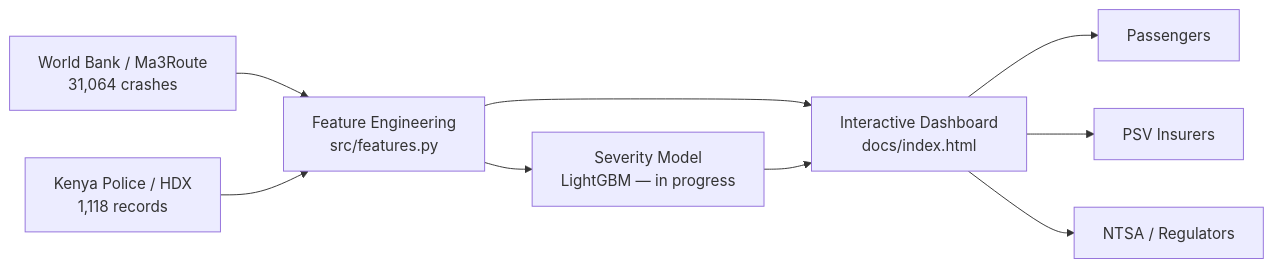
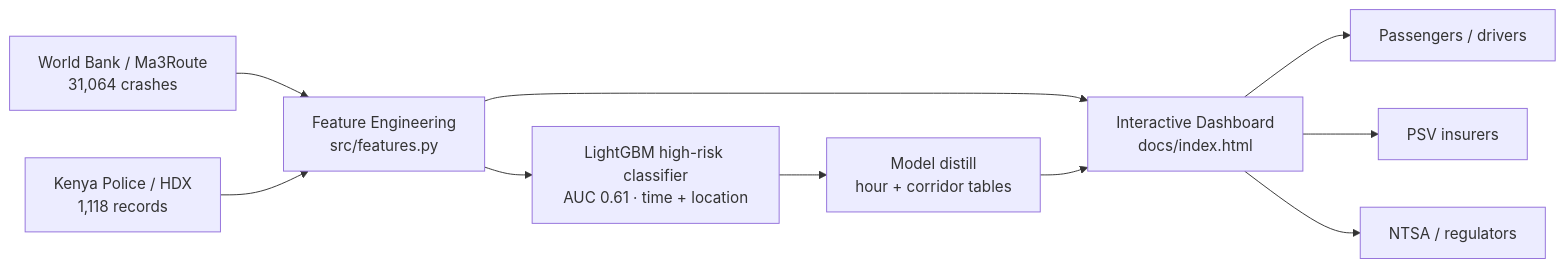
Before and after one commit to 3Fr4nj35-3ku5h3/Beba-Salama: the diagram in README.md, drawn with Mermaid. The commit also changed other lines of this file, not shown here.

````diff
--- a/README.md
+++ b/README.md
@@ -63,11 +83,12 @@
 ```mermaid
 flowchart LR
     A[World Bank / Ma3Route\n31,064 crashes] --> C[Feature Engineering\nsrc/features.py]
     B[Kenya Police / HDX\n1,118 records] --> C
-    C --> D[Severity Model\nLightGBM — in progress]
+    C --> D[LightGBM high-risk classifier\nAUC 0.61 · time + location]
     C --> E[Interactive Dashboard\ndocs/index.html]
-    D --> E
-    E --> F[Passengers]
-    E --> G[PSV Insurers]
-    E --> H[NTSA / Regulators]
+    D --> F[Model distill\nhour + corridor tables]
+    F --> E
+    E --> G[Passengers / drivers]
+    E --> H[PSV insurers]
+    E --> I[NTSA / regulators]
 ```
````
